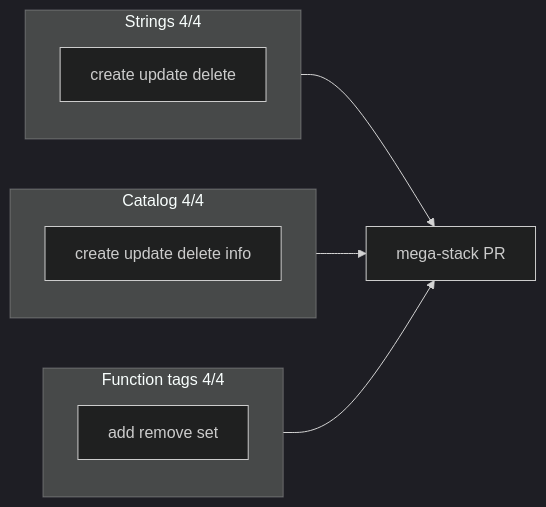
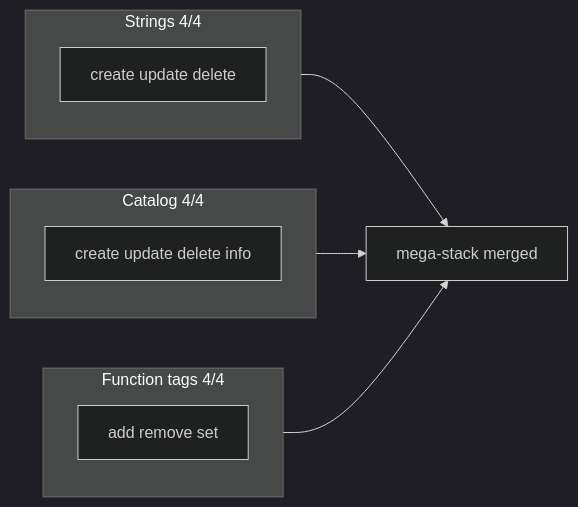
Before and after one commit to bolabaden/AgentDecompile: the diagram in docs/solutions/architecture-patterns/agent-native-crud-arc.md, drawn with Mermaid (dark theme).

Commit message:
docs: mermaid label mega-stack merged

````diff
--- a/docs/solutions/architecture-patterns/agent-native-crud-arc.md
+++ b/docs/solutions/architecture-patterns/agent-native-crud-arc.md
@@ -35,15 +35,15 @@
 ```mermaid
 flowchart LR
   subgraph strings [Strings 4/4]
     A[create update delete]
   end
   subgraph dtypes [Catalog 4/4]
     B[create update delete info]
   end
   subgraph tags [Function tags 4/4]
     C[add remove set]
   end
-  strings --> M[mega-stack PR]
+  strings --> M[mega-stack merged]
   dtypes --> M
   tags --> M
 ```
````
